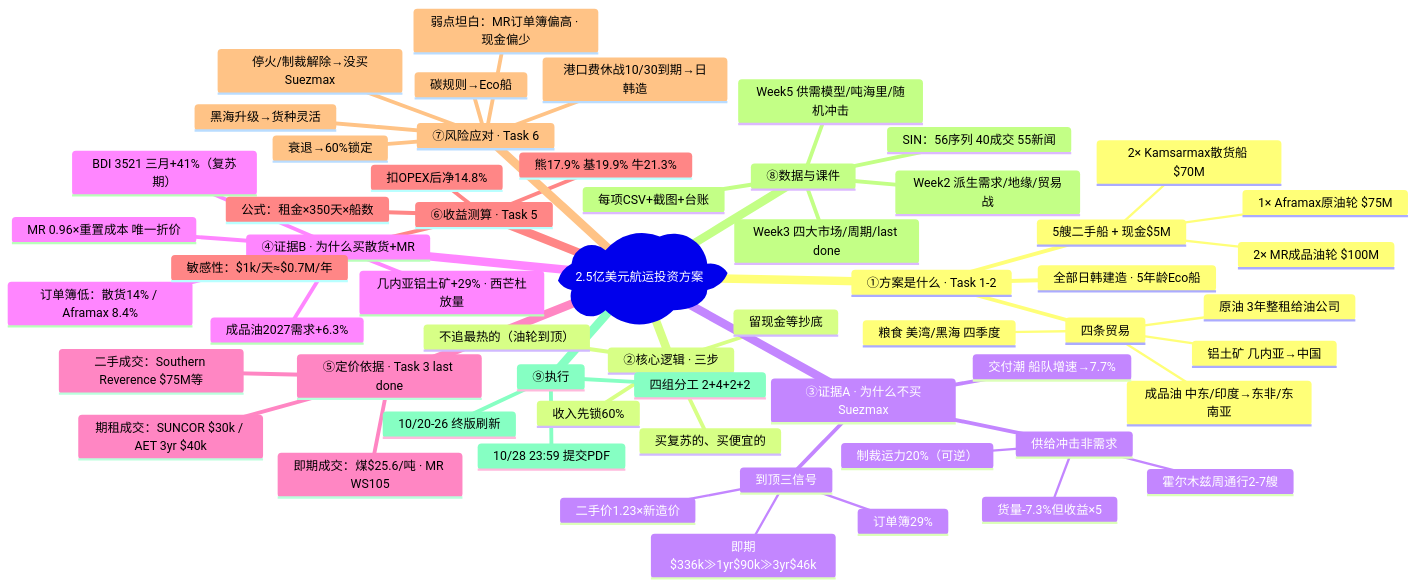
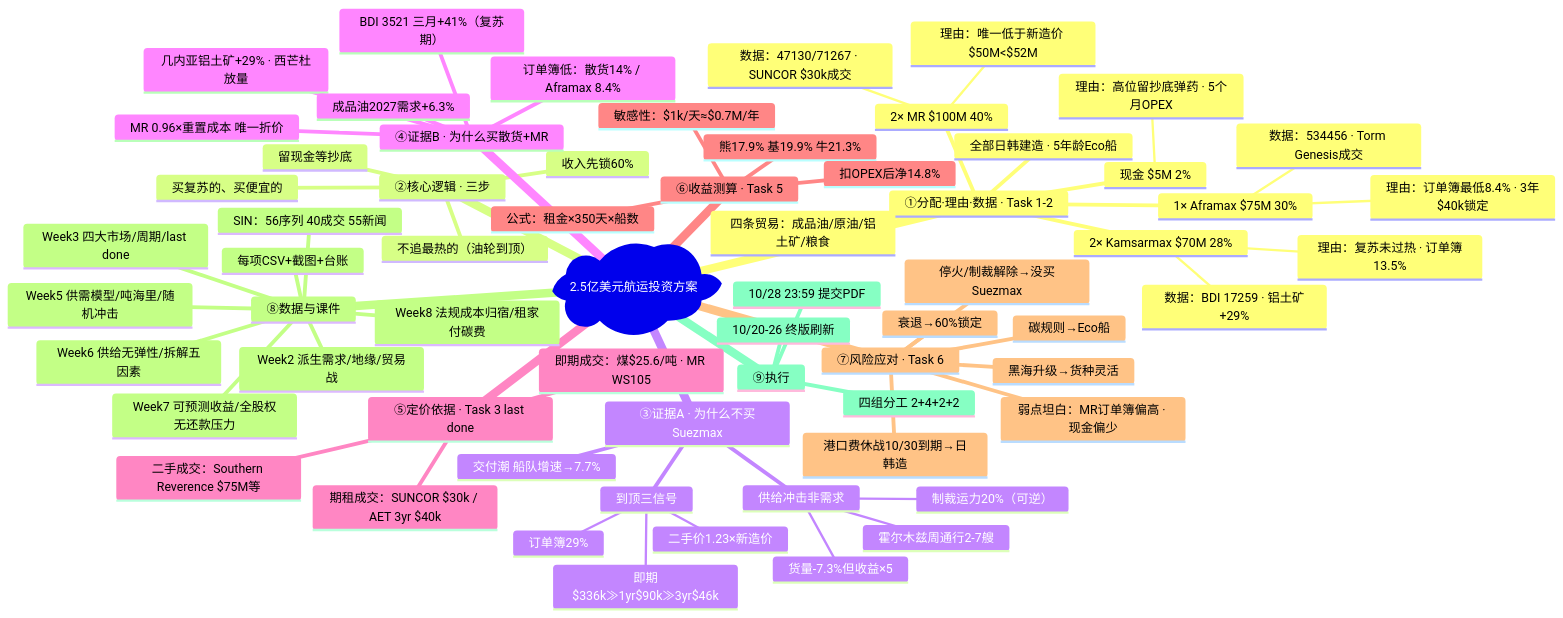
Before and after one commit to zhanmingliu2025-max/MT6102: the diagram in scripts/mindmap.mmd, drawn with Mermaid. The commit also changed 31 other files, not shown here.

```diff
--- a/scripts/mindmap.mmd
+++ b/scripts/mindmap.mmd
@@ -1,60 +1,66 @@
 mindmap
   root)2.5亿美元航运投资方案(
-    ①方案是什么 · Task 1-2
-      5艘二手船 + 现金$5M
-        2× MR成品油轮 $100M
-        1× Aframax原油轮 $75M
-        2× Kamsarmax散货船 $70M
+    ①分配·理由·数据 · Task 1-2
+      2× MR $100M 40%
+        理由：唯一低于新造价 $50M<$52M
+        数据：47130/71267 · SUNCOR $30k成交
+      1× Aframax $75M 30%
+        理由：订单簿最低8.4% · 3年$40k锁定
+        数据：534456 · Torm Genesis成交
+      2× Kamsarmax $70M 28%
+        理由：复苏未过热 · 订单簿13.5%
+        数据：BDI 17259 · 铝土矿+29%
+      现金 $5M 2%
+        理由：高位留抄底弹药 · 5个月OPEX
       全部日韩建造 · 5年龄Eco船
-      四条贸易
-        成品油 中东/印度→东非/东南亚
-        原油 3年整租给油公司
-        铝土矿 几内亚→中国
-        粮食 美湾/黑海 四季度
+      四条贸易：成品油/原油/铝土矿/粮食
     ②核心逻辑 · 三步
       不追最热的（油轮到顶）
       买复苏的、买便宜的
       收入先锁60%
       留现金等抄底
     ③证据A · 为什么不买Suezmax
       到顶三信号
         二手价1.23×新造价
         即期$336k≫1yr$90k≫3yr$46k
         订单簿29%
       供给冲击非需求
         货量-7.3%但收益×5
         霍尔木兹周通行2-7艘
         制裁运力20%（可逆）
       交付潮 船队增速→7.7%
     ④证据B · 为什么买散货+MR
       订单簿低：散货14% / Aframax 8.4%
       BDI 3521 三月+41%（复苏期）
       几内亚铝土矿+29% · 西芒杜放量
       MR 0.96×重置成本 唯一折价
       成品油2027需求+6.3%
     ⑤定价依据 · Task 3 last done
       二手成交：Southern Reverence $75M等
       期租成交：SUNCOR $30k / AET 3yr $40k
       即期成交：煤$25.6/吨 · MR WS105
     ⑥收益测算 · Task 5
       公式：租金×350天×船数
       熊17.9% 基19.9% 牛21.3%
       扣OPEX后净14.8%
       敏感性：$1k/天≈$0.7M/年
     ⑦风险应对 · Task 6
       停火/制裁解除→没买Suezmax
       港口费休战10/30到期→日韩造
       黑海升级→货种灵活
       衰退→60%锁定
       碳规则→Eco船
       弱点坦白：MR订单簿偏高 · 现金偏少
     ⑧数据与课件
       SIN：56序列 40成交 55新闻
       每项CSV+截图+台账
       Week2 派生需求/地缘/贸易战
       Week3 四大市场/周期/last done
       Week5 供需模型/吨海里/随机冲击
+      Week6 供给无弹性/拆解五因素
+      Week7 可预测收益/全股权无还款压力
+      Week8 法规成本归宿/租家付碳费
     ⑨执行
       四组分工 2+4+2+2
       10/20-26 终版刷新
       10/28 23:59 提交PDF
```
